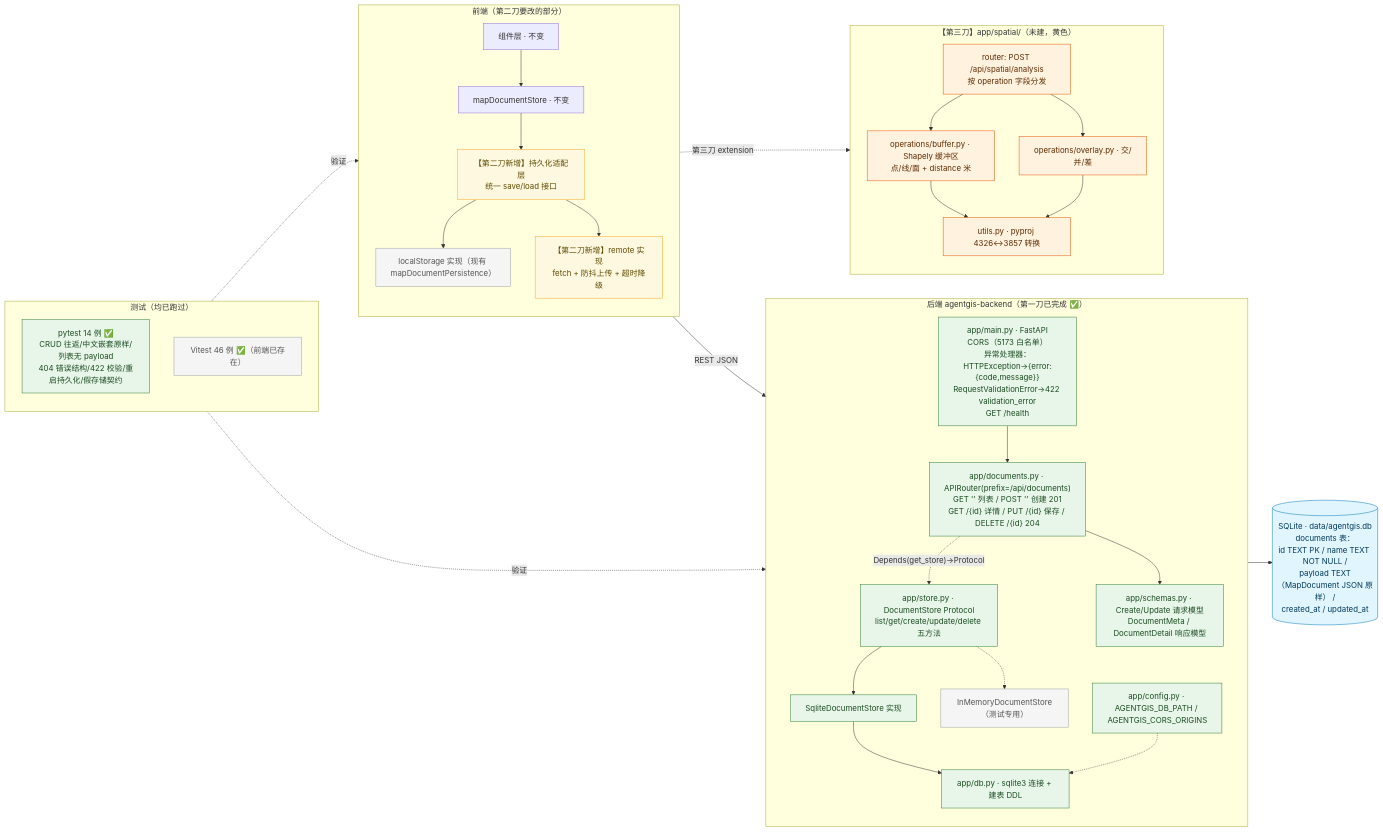
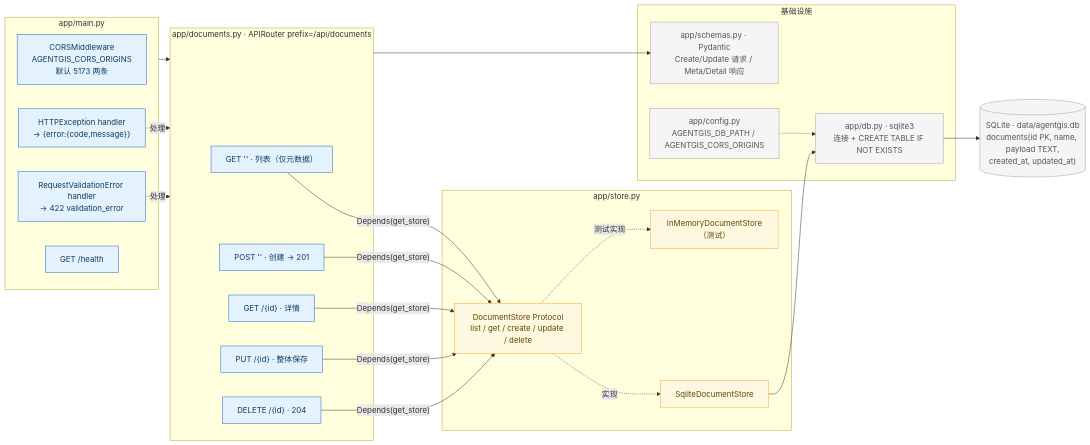
The eighth of 10 diagrams in docs/前后端详细架构.md (huahuajiji/agentgis-frontend), drawn with Mermaid before and after one commit. The commit also changed other lines of this file, not shown here.

First line of the commit message:
docs: 前后端详细架构重写为 10 张模块级图

````diff
--- a/docs/前后端详细架构.md
+++ b/docs/前后端详细架构.md
@@ -138,68 +268,49 @@
 ```mermaid
 flowchart LR
-    subgraph FEC["前端（第二刀要改的部分）"]
-        direction TB
-        UI2["组件层 · 不变"]
-        ST2["mapDocumentStore · 不变"]
-        ADP["【第二刀新增】持久化适配层<br/>统一 save/load 接口"]
-        L1["localStorage 实现（现有 mapDocumentPersistence）"]
-        R1["【第二刀新增】remote 实现<br/>fetch + 防抖上传 + 超时降级"]
-        UI2 --> ST2 --> ADP
-        ADP --> L1
-        ADP --> R1
+    subgraph MAIN["app/main.py"]
+        CORS["CORSMiddleware<br/>AGENTGIS_CORS_ORIGINS<br/>默认 5173 两条"]
+        EH1["HTTPException handler<br/>→ {error:{code,message}}"]
+        EH2["RequestValidationError handler<br/>→ 422 validation_error"]
+        HEALTH["GET /health"]
     end
 
-    subgraph BEC["后端 agentgis-backend（第一刀已完成 ✅）"]
-        direction TB
-        M1["app/main.py · FastAPI<br/>CORS（5173 白名单）<br/>异常处理器：HTTPException→{error:{code,message}}<br/>RequestValidationError→422 validation_error<br/>GET /health"]
-        R2["app/documents.py · APIRouter(prefix=/api/documents)<br/>GET '' 列表 / POST '' 创建 201<br/>GET /{id} 详情 / PUT /{id} 保存 / DELETE /{id} 204"]
-        PR["app/store.py · DocumentStore Protocol<br/>list/get/create/update/delete 五方法"]
-        SQ["SqliteDocumentStore 实现"]
-        IM["InMemoryDocumentStore（测试专用）"]
-        CFG["app/config.py · AGENTGIS_DB_PATH / AGENTGIS_CORS_ORIGINS"]
-        DB2["app/db.py · sqlite3 连接 + 建表 DDL"]
-        SC2["app/schemas.py · Create/Update 请求模型<br/>DocumentMeta / DocumentDetail 响应模型"]
-        M1 --> R2
-        R2 -. "Depends(get_store)→Protocol" .-> PR
-        PR --> SQ
-        PR -.-> IM
-        SQ --> DB2
-        CFG -.-> DB2
-        R2 --> SC2
+    subgraph ROUTER["app/documents.py · APIRouter prefix=/api/documents"]
+        R1["GET '' · 列表（仅元数据）"]
+        R2["POST '' · 创建 → 201"]
+        R3["GET /{id} · 详情"]
+        R4["PUT /{id} · 整体保存"]
+        R5["DELETE /{id} · 204"]
     end
 
-    WS[(SQLite · data/agentgis.db<br/>documents 表：<br/>id TEXT PK / name TEXT NOT NULL /<br/>payload TEXT（MapDocument JSON 原样） /<br/>created_at / updated_at)]
+    subgraph PORT["app/store.py"]
+        PROTO["DocumentStore Protocol<br/>list / get / create / update / delete"]
+        SQLITE["SqliteDocumentStore"]
+        MEM["InMemoryDocumentStore（测试）"]
+    end
 
-    R1 -- "REST JSON" --> R2
-    DB2 --> WS
+    subgraph INFRA["基础设施"]
+        DB["app/db.py · sqlite3<br/>连接 + CREATE TABLE IF NOT EXISTS"]
+        SCH["app/schemas.py · Pydantic<br/>Create/Update 请求 / Meta/Detail 响应"]
+        CFG["app/config.py<br/>AGENTGIS_DB_PATH / AGENTGIS_CORS_ORIGINS"]
+    end
 
-    subgraph TST["测试（均已跑过）"]
-        direction TB
-        PY["pytest 14 例 ✅<br/>CRUD 往返/中文嵌套原样/列表无 payload<br/>404 错误结构/422 校验/重启持久化/假存储契约"]
-        VT["Vitest 46 例 ✅（前端已存在）"]
-    end
-    PY -.验证.-> R2
-    VT -.验证.-> ST2
+    FILE[("SQLite · data/agentgis.db<br/>documents(id PK, name, payload TEXT,<br/>created_at, updated_at)")]
 
-    subgraph SPAT["【第三刀】app/spatial/（未建，黄色）"]
-        direction TB
-        SR["router: POST /api/spatial/analysis<br/>按 operation 字段分发"]
-        OP1["operations/buffer.py · Shapely 缓冲区<br/>点/线/面 + distance 米"]
-        OP2["operations/overlay.py · 交/并/差"]
-        UT["utils.py · pyproj 4326↔3857 转换"]
-        SR --> OP1 & OP2
-        OP1 & OP2 --> UT
-    end
-    R1 -. "第三刀 extension" .-> SR
+    MAIN --> ROUTER
+    EH1 -.处理.-> ROUTER
+    EH2 -.处理.-> ROUTER
+    R1 & R2 & R3 & R4 & R5 -->|"Depends(get_store)"| PROTO
+    PROTO -.实现.-> SQLITE
+    PROTO -.测试实现.-> MEM
+    ROUTER --> SCH
+    SQLITE --> DB
+    CFG -.-> DB
+    DB --> FILE
 
-    classDef done fill:#e8f5e9,stroke:#2e7d32,color:#1b4d22;
-    classDef newfe fill:#fff8e1,stroke:#f9a825,color:#5d4a00;
-    classDef todo fill:#fff3e0,stroke:#e65100,color:#5d2b00;
-    classDef db fill:#e1f5fe,stroke:#0277bd,color:#013a5c;
-    class M1,R2,PR,SQ,CFG,DB2,SC2,PY done;
-    class ADP,R1 newfe;
-    class SR,OP1,OP2,UT todo;
-    class WS db;
-    classDef gray fill:#f5f5f5,stroke:#9e9e9e,color:#555555;
-    class IM,L1,VT gray;
+    classDef api fill:#e3f2fd,stroke:#1565c0,color:#0d3c61;
+    classDef port fill:#fff8e1,stroke:#f9a825,color:#5d4a00;
+    classDef infra fill:#f5f5f5,stroke:#9e9e9e,color:#555;
+    class CORS,EH1,EH2,HEALTH,R1,R2,R3,R4,R5 api;
+    class PROTO,SQLITE,MEM port;
+    class DB,SCH,CFG,FILE infra;
 ```
````
